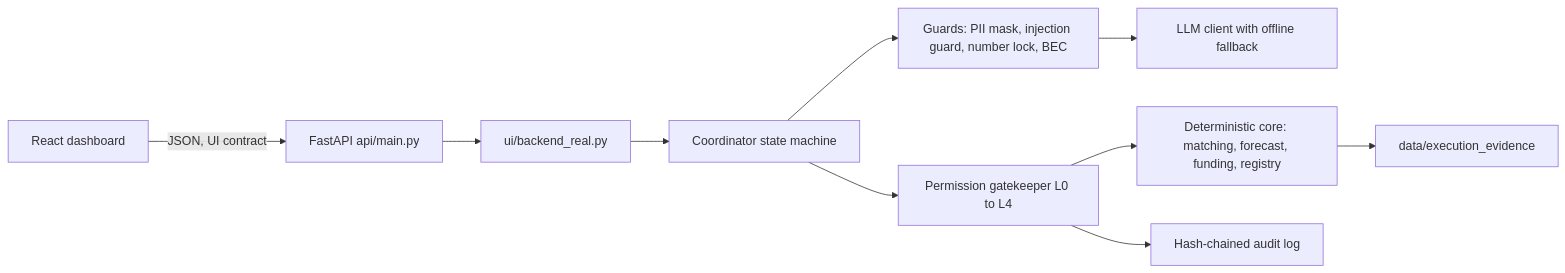
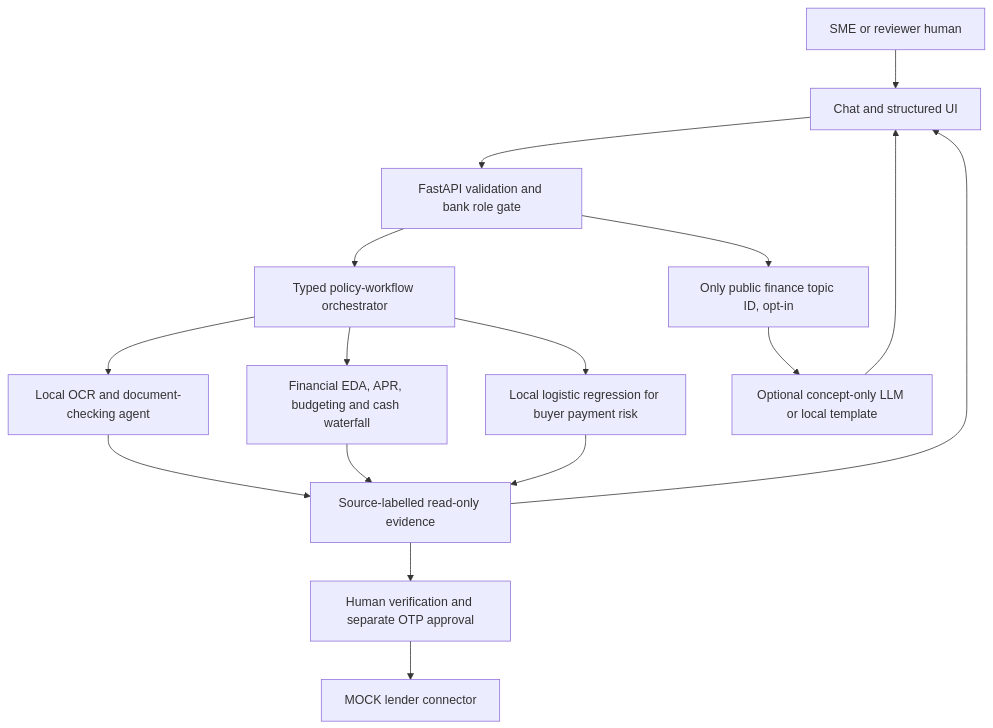
The diagram in README.md (stellarrng/cashbridge), drawn with Mermaid before and after one commit. The commit also changed other lines of this file and 77 other files, not shown here.

````diff
--- a/README.md
+++ b/README.md
@@ -113,12 +186,18 @@
 ```mermaid
-flowchart LR
-    UI[React dashboard] -->|JSON, UI contract| API[FastAPI api/main.py]
-    API --> ADAPTER[ui/backend_real.py]
-    ADAPTER --> COORD[Coordinator state machine]
-    COORD --> GUARD[Guards: PII mask, injection guard, number lock, BEC]
-    COORD --> GATE[Permission gatekeeper L0 to L4]
-    GUARD --> LLM[LLM client with offline fallback]
-    GATE --> CORE[Deterministic core: matching, forecast, funding, registry]
-    GATE --> AUDIT[Hash-chained audit log]
-    CORE --> EVID[data/execution_evidence]
+flowchart TB
+    HUMAN[SME or reviewer human] --> UI[Chat and structured UI]
+    UI --> API[FastAPI validation and bank role gate]
+    API --> POLICY[Typed policy-workflow orchestrator]
+    POLICY --> DOC[Local OCR and document-checking agent]
+    POLICY --> FIN[Financial EDA, APR, budgeting and cash waterfall]
+    POLICY --> ML[Local logistic regression for buyer payment risk]
+    DOC --> EVID[Source-labelled read-only evidence]
+    FIN --> EVID
+    ML --> EVID
+    EVID --> UI
+    EVID --> HITL[Human verification and separate OTP approval]
+    API --> PUBLIC[Only public finance topic ID, opt-in]
+    PUBLIC --> CONCEPT[Optional concept-only LLM or local template]
+    CONCEPT --> UI
+    HITL --> MOCK[MOCK lender connector]
 ```
````
